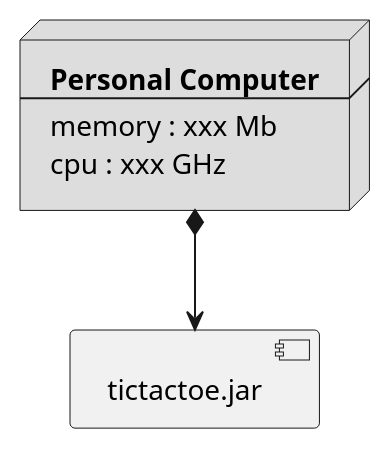
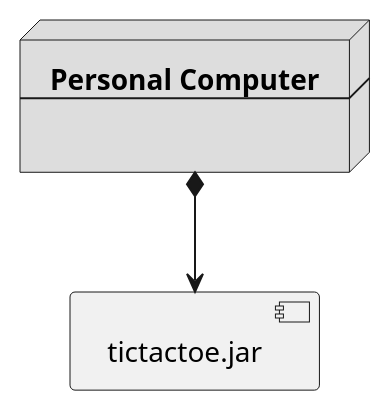
Before and after one commit to Jolucaa/USantaTecla-project-ticTacToe: the second of 2 diagrams in domainModel/docs/diagrams/src/vistas.plantuml, drawn with PlantUML. The commit also changed 4 other files, not shown here.

Commit message:
DomainModel diagrams updated and finished #1

```diff
--- a/domainModel/docs/diagrams/src/vistas.plantuml
+++ b/domainModel/docs/diagrams/src/vistas.plantuml
@@ -19,12 +19,11 @@
 @startuml despliegue_fisica
 node node #DDDDDD [
 <b>Personal Computer</b>
 ----
-memory : xxx Mb
-cpu : xxx GHz
+
 ]
 
 [ tictactoe.jar ] as component
 
 node *--> component
 @enduml
```
